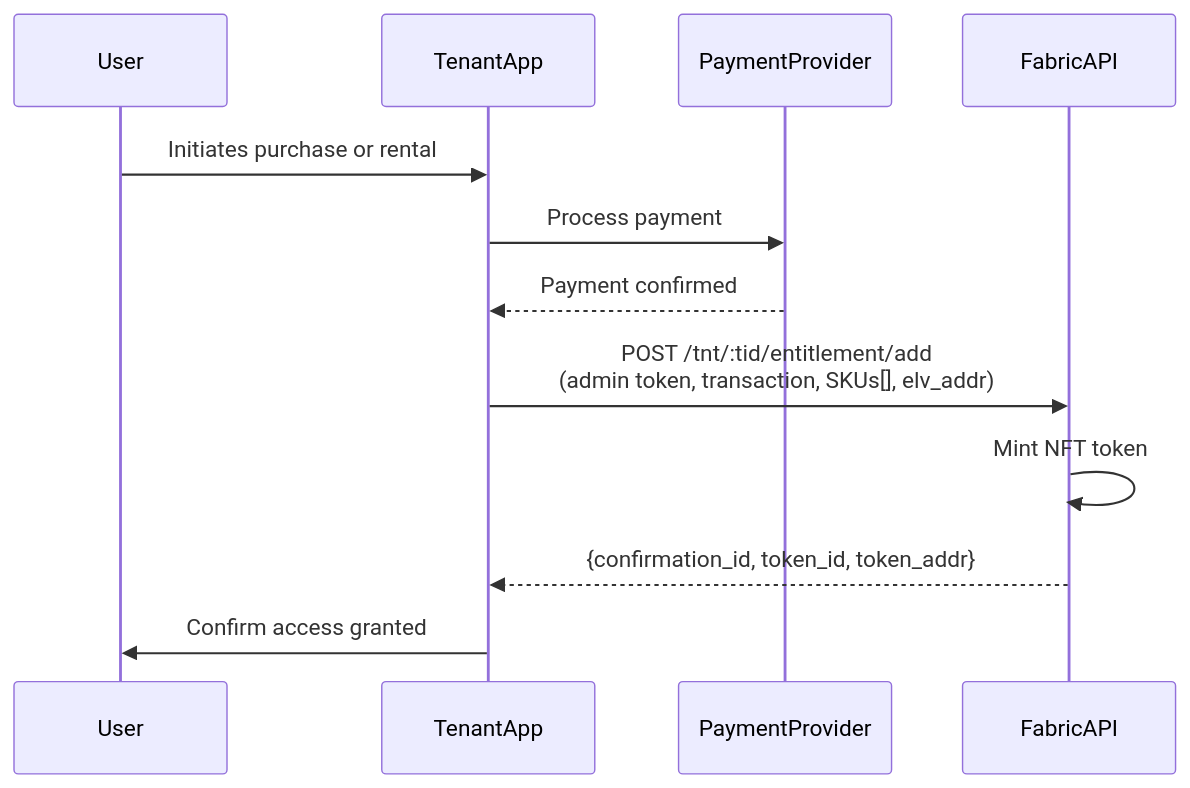
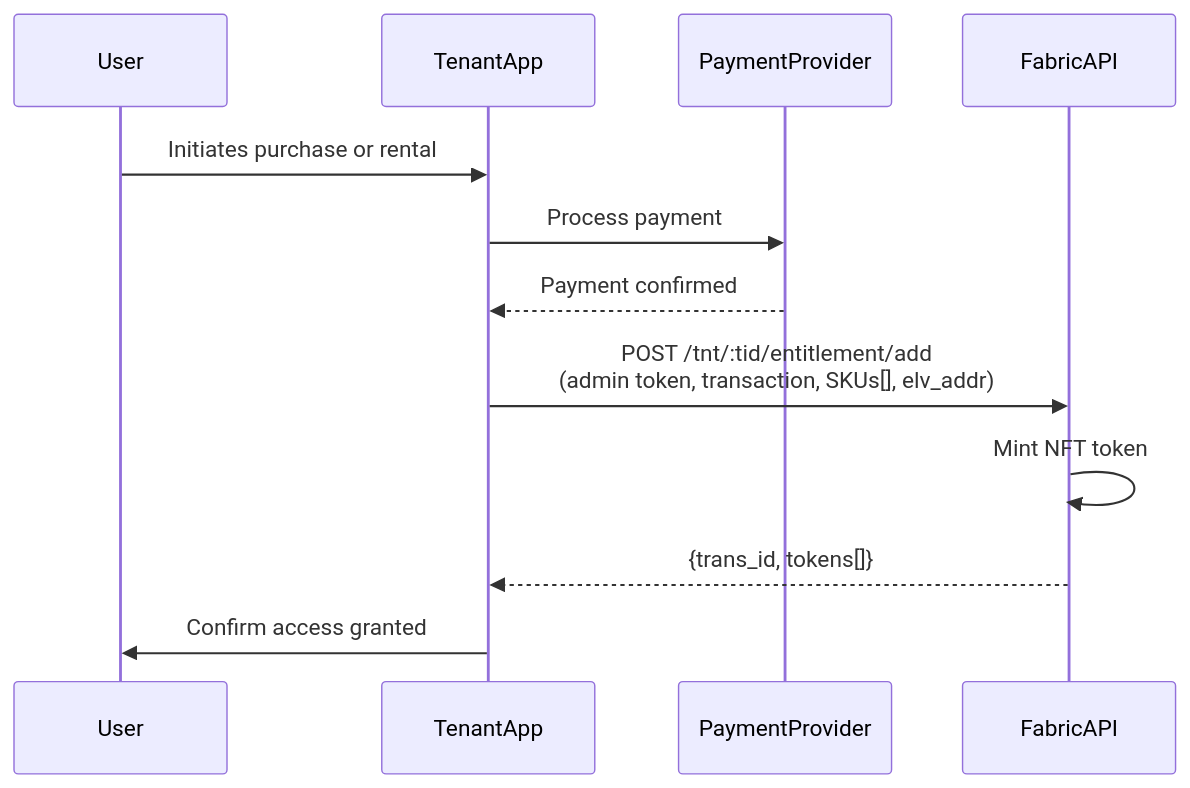
Before and after one commit to eluv-io/elv-docs: the diagram in media-wallet/purchase/entitlements/README.md, drawn with Mermaid. The commit also changed 2 other files, not shown here.

Commit message:
fix flow (#15)

````diff
--- a/media-wallet/purchase/entitlements/README.md
+++ b/media-wallet/purchase/entitlements/README.md
@@ -9,15 +9,15 @@
 ```mermaid
 sequenceDiagram
     participant User
     participant TenantApp
     participant PaymentProvider
     participant FabricAPI
 
     User->>TenantApp: Initiates purchase or rental
     TenantApp->>PaymentProvider: Process payment
     PaymentProvider-->>TenantApp: Payment confirmed
     TenantApp->>FabricAPI: POST /tnt/:tid/entitlement/add<br/>(admin token, transaction, SKUs[], elv_addr)
     FabricAPI->>FabricAPI: Mint NFT token
-    FabricAPI-->>TenantApp: {confirmation_id, token_id, token_addr}
+    FabricAPI-->>TenantApp: {trans_id, tokens[]}
     TenantApp->>User: Confirm access granted
 ```
````
